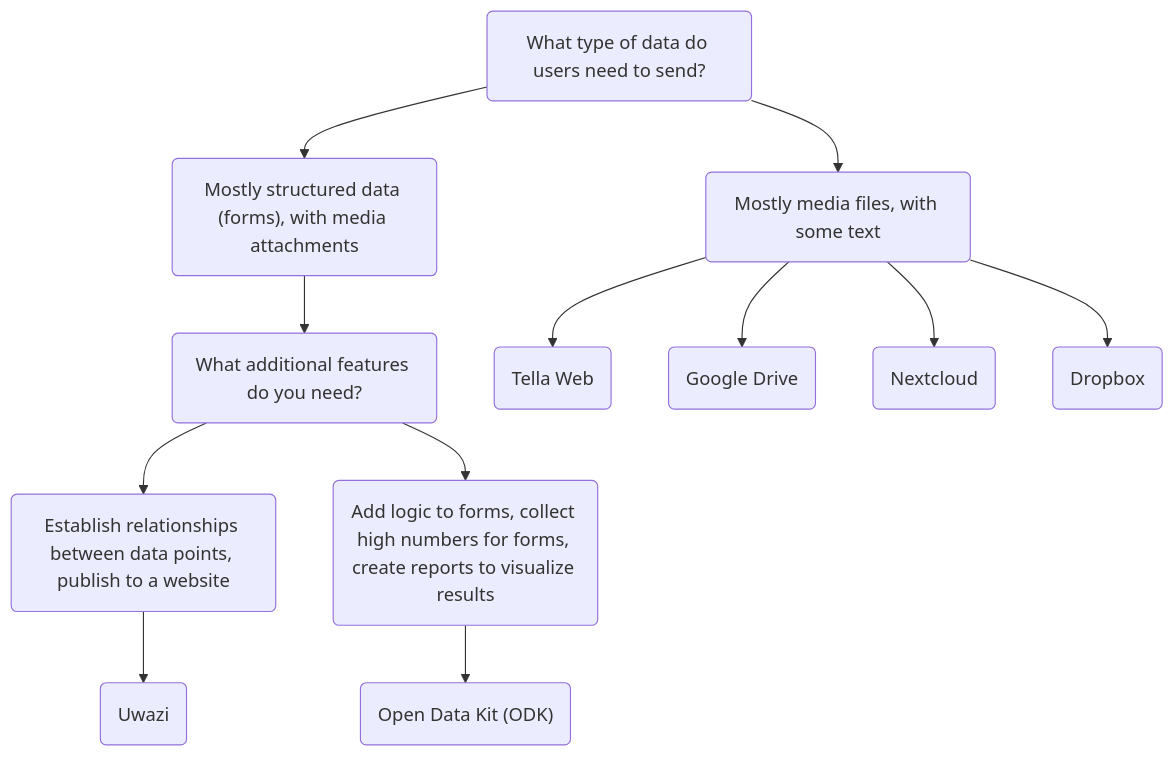
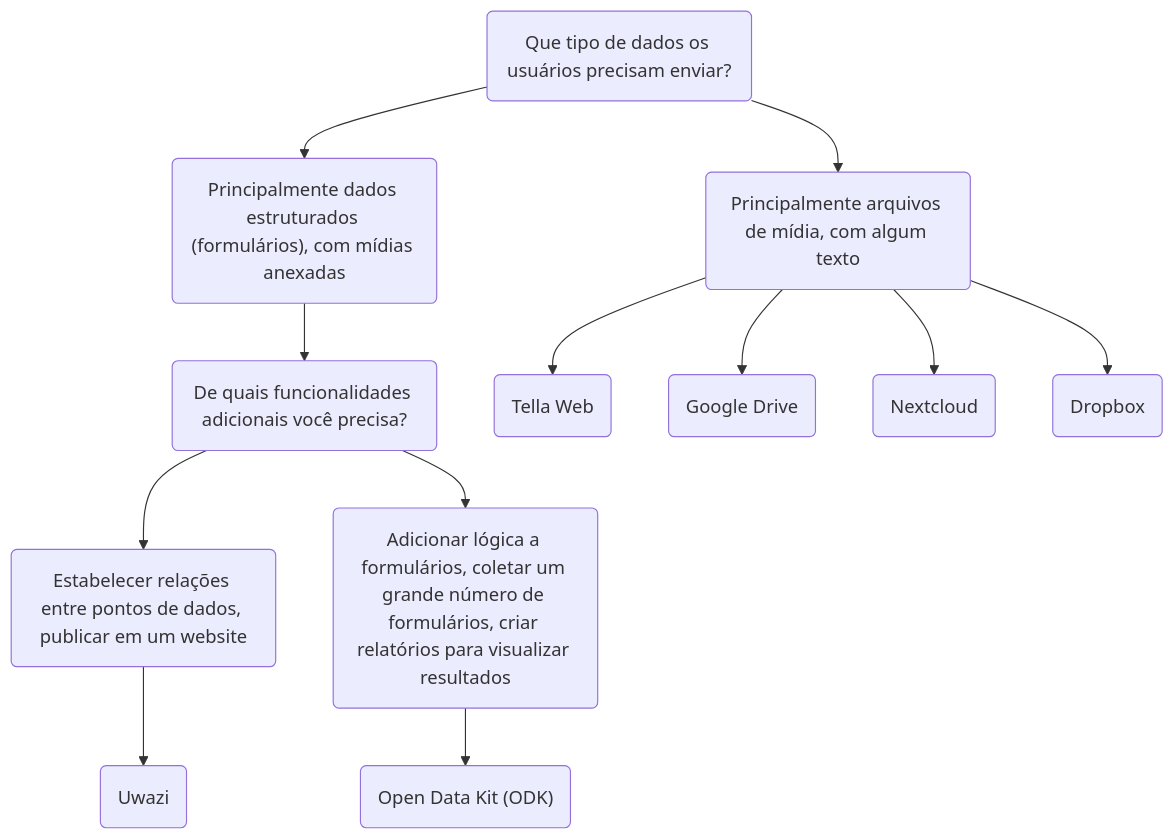
Before and after one commit to Horizontal-org/Tella-website: the diagram in i18n/pt-BR/docusaurus-plugin-content-docs/current/Connections/for-organizations.md, drawn with Mermaid. The commit also changed other lines of this file and 5 other files, not shown here.

````diff
--- a/i18n/pt-BR/docusaurus-plugin-content-docs/current/Connections/for-organizations.md
+++ b/i18n/pt-BR/docusaurus-plugin-content-docs/current/Connections/for-organizations.md
@@ -43,14 +43,14 @@
 ```mermaid
 graph TD;
-    id1(What type of data do users need to send?) --> id2("Mostly structured data (forms), with media attachments");
-    id1 --> id3("Mostly media files, with some text") ;
-    id2 --> id4("What additional features do you need?");
+    id1(Que tipo de dados os usuários precisam enviar?) --> id2("Principalmente dados estruturados (formulários), com mídias anexadas");
+    id1 --> id3("Principalmente arquivos de mídia, com algum texto") ;
+    id2 --> id4("De quais funcionalidades adicionais você precisa?");
     id3 --> id5("Tella Web");
     id3 --> id11("Google Drive");
     id3 --> id12("Nextcloud");
     id3 --> id13("Dropbox");
-    id4 --> id6("Establish relationships between data points, publish to a website")
-    id4 --> id7("Add logic to forms, collect high numbers for forms, create reports to visualize results")
+    id4 --> id6("Estabelecer relações entre pontos de dados, publicar em um website")
+    id4 --> id7("Adicionar lógica a formulários, coletar um grande número de formulários, criar relatórios para visualizar resultados")
     id6 --> id8("Uwazi")
     id7 --> id9("Open Data Kit (ODK)")
 ```
````
